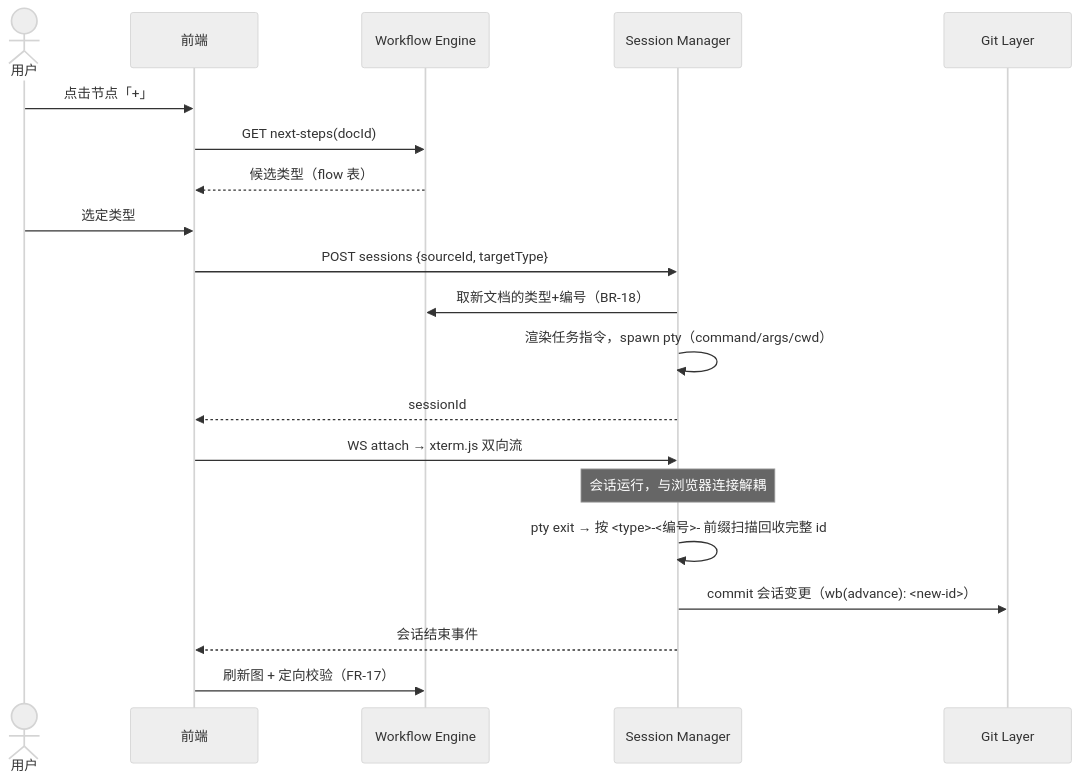
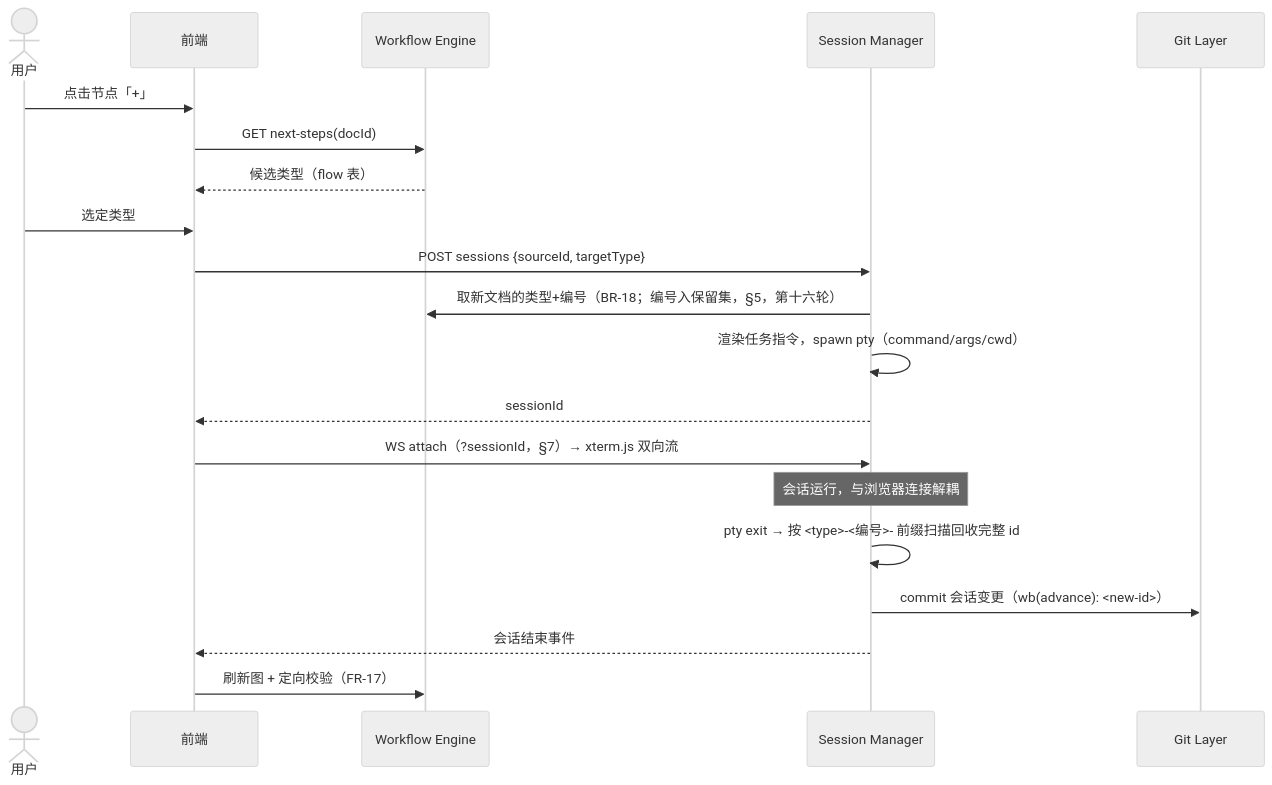
Before and after one commit to ryan-alexander-zhang/ai-native-project-template: the second of 4 diagrams in docs/design/design-00001-docs-whiteboard.md, drawn with Mermaid (neutral theme). The commit also changed other lines of this file and 8 other files, not shown here.

````diff
--- a/docs/design/design-00001-docs-whiteboard.md
+++ b/docs/design/design-00001-docs-whiteboard.md
@@ -346,22 +352,22 @@
 ```mermaid
 sequenceDiagram
   actor U as 用户
   participant FE as 前端
   participant WE as Workflow Engine
   participant SM as Session Manager
   participant GL as Git Layer
   U->>FE: 点击节点「+」
   FE->>WE: GET next-steps(docId)
   WE-->>FE: 候选类型（flow 表）
   U->>FE: 选定类型
   FE->>SM: POST sessions {sourceId, targetType}
-  SM->>WE: 取新文档的类型+编号（BR-18）
+  SM->>WE: 取新文档的类型+编号（BR-18；编号入保留集，§5，第十六轮）
   SM->>SM: 渲染任务指令，spawn pty（command/args/cwd）
   SM-->>FE: sessionId
-  FE->>SM: WS attach → xterm.js 双向流
+  FE->>SM: WS attach（?sessionId，§7）→ xterm.js 双向流
   Note over SM: 会话运行，与浏览器连接解耦
   SM->>SM: pty exit → 按 <type>-<编号>- 前缀扫描回收完整 id
   SM->>GL: commit 会话变更（wb(advance): <new-id>）
   SM-->>FE: 会话结束事件
   FE->>WE: 刷新图 + 定向校验（FR-17）
 ```
````
